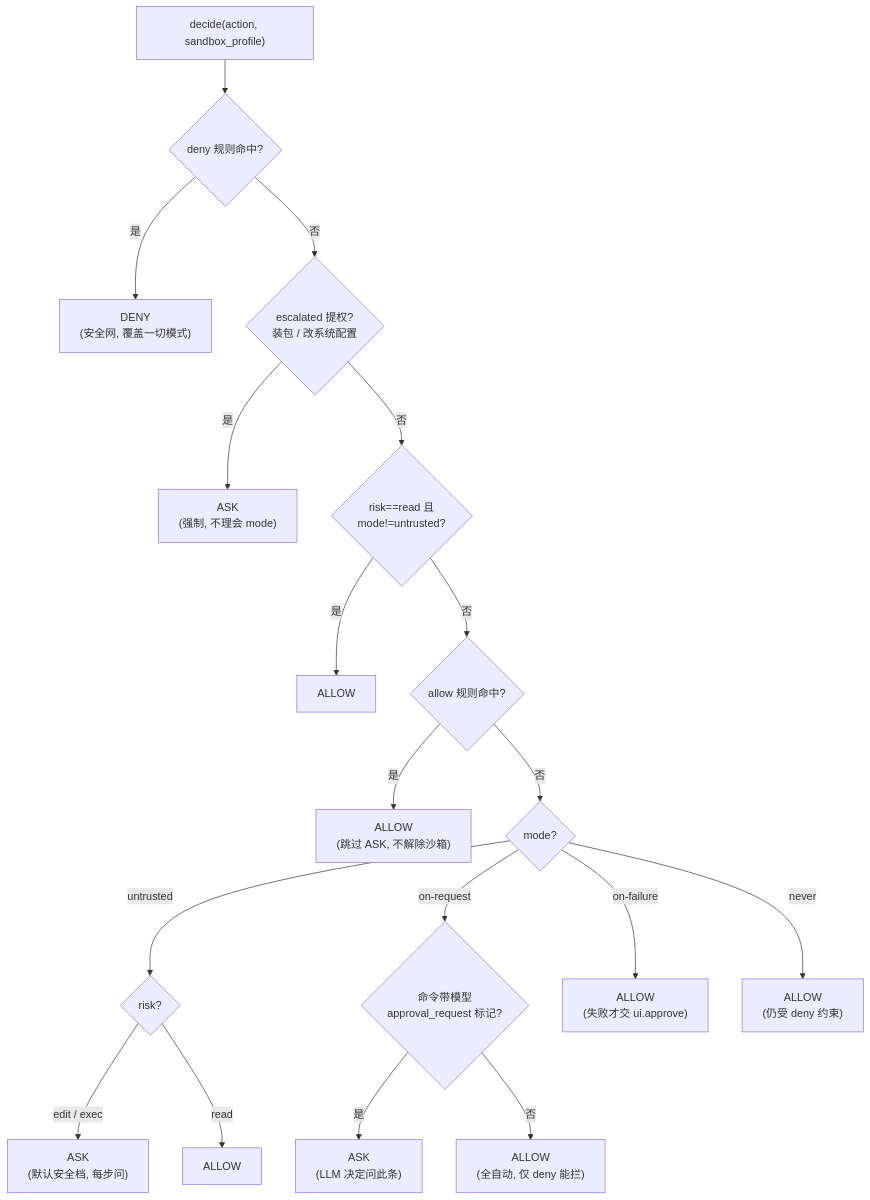
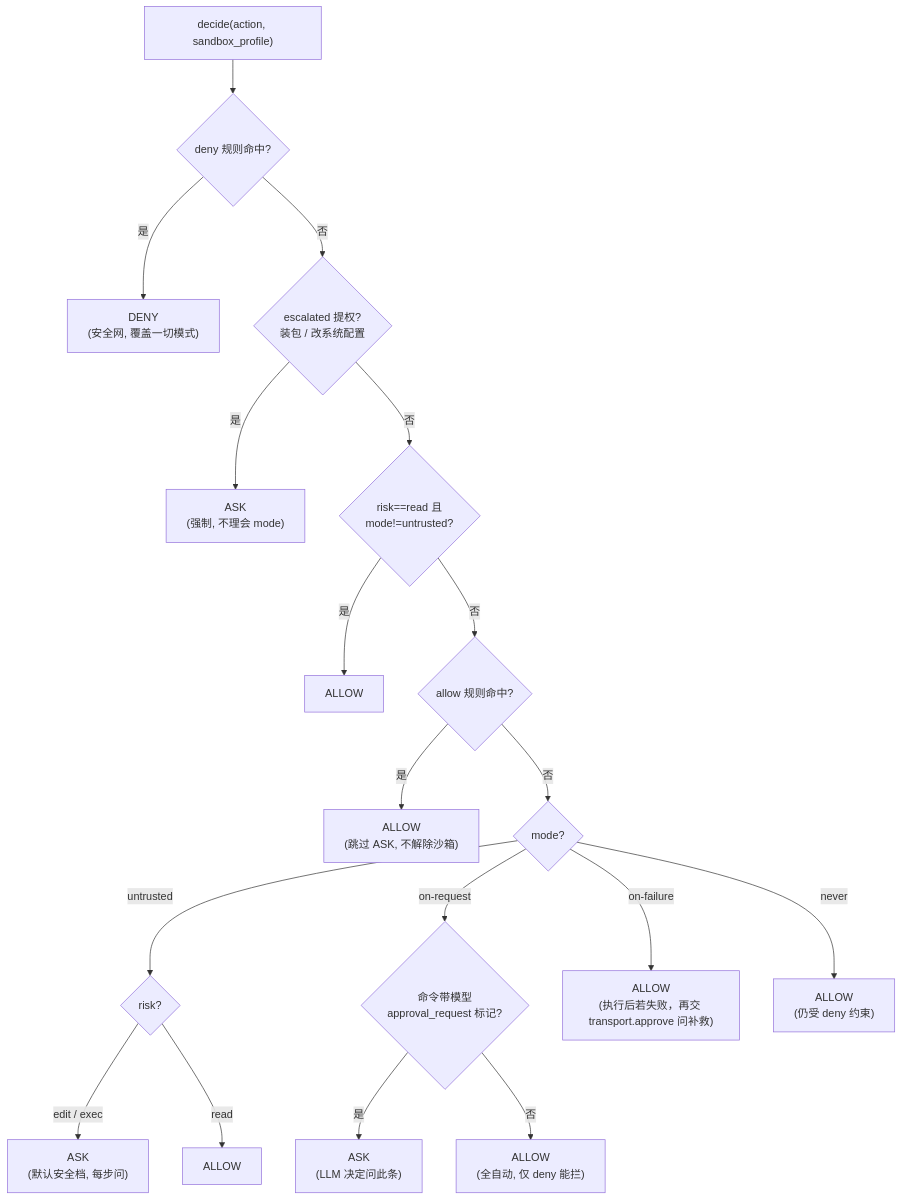
Before and after one commit to SyncFunc/work-agent: the second of 2 diagrams in knowledge/INDEX.md, drawn with Mermaid. The commit also changed other lines of this file and 8 other files, not shown here.

Commit message:
docs: 修正 HITL 契约引用（SessionUI→AgentTransport/TerminalTransport）并澄清 on-failure 补救语义

````diff
--- a/knowledge/INDEX.md
+++ b/knowledge/INDEX.md
@@ -194,20 +194,20 @@
 ```mermaid
 flowchart TD
     D["decide(action, sandbox_profile)"] --> Q1{"deny 规则命中?"}
     Q1 -- "是" --> DN["DENY<br/>(安全网, 覆盖一切模式)"]
     Q1 -- "否" --> QE{"escalated 提权?<br/>装包 / 改系统配置"}
     QE -- "是" --> SH["ASK<br/>(强制, 不理会 mode)"]
     QE -- "否" --> Q2{"risk==read 且<br/>mode!=untrusted?"}
     Q2 -- "是" --> A1["ALLOW"]
     Q2 -- "否" --> Q3{"allow 规则命中?"}
     Q3 -- "是" --> A2["ALLOW<br/>(跳过 ASK, 不解除沙箱)"]
     Q3 -- "否" --> Q4{"mode?"}
     Q4 -- "untrusted" --> Q5{"risk?"}
     Q5 -- "edit / exec" --> S["ASK<br/>(默认安全档, 每步问)"]
     Q5 -- "read" --> A3["ALLOW"]
     Q4 -- "on-request" --> Q6{"命令带模型<br/>approval_request 标记?"}
     Q6 -- "是" --> S2["ASK<br/>(LLM 决定问此条)"]
     Q6 -- "否" --> A4["ALLOW<br/>(全自动, 仅 deny 能拦)"]
-    Q4 -- "on-failure" --> A5["ALLOW<br/>(失败才交 ui.approve)"]
+    Q4 -- "on-failure" --> A5["ALLOW<br/>(执行后若失败，再交 transport.approve 问补救)"]
     Q4 -- "never" --> A6["ALLOW<br/>(仍受 deny 约束)"]
 ```
````
